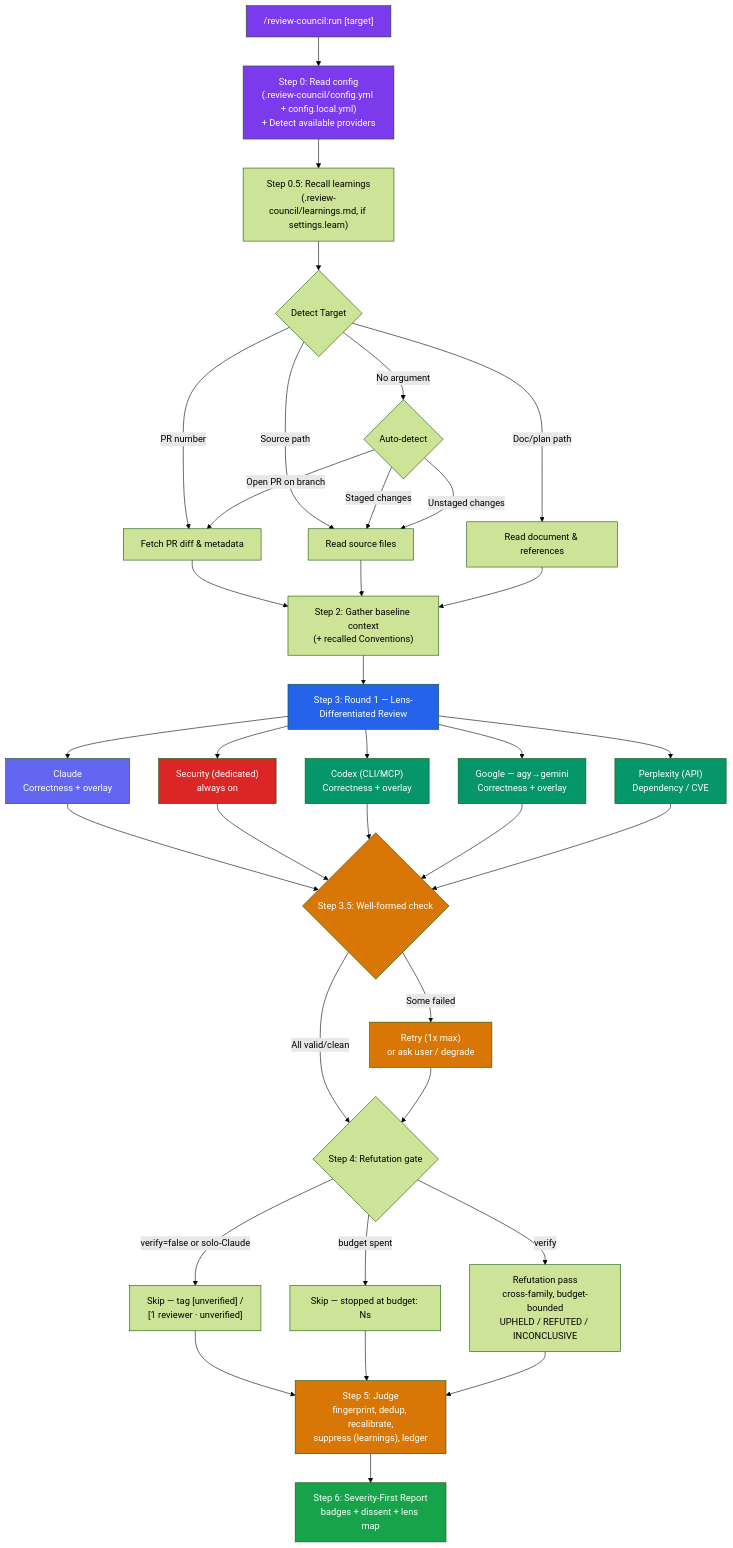
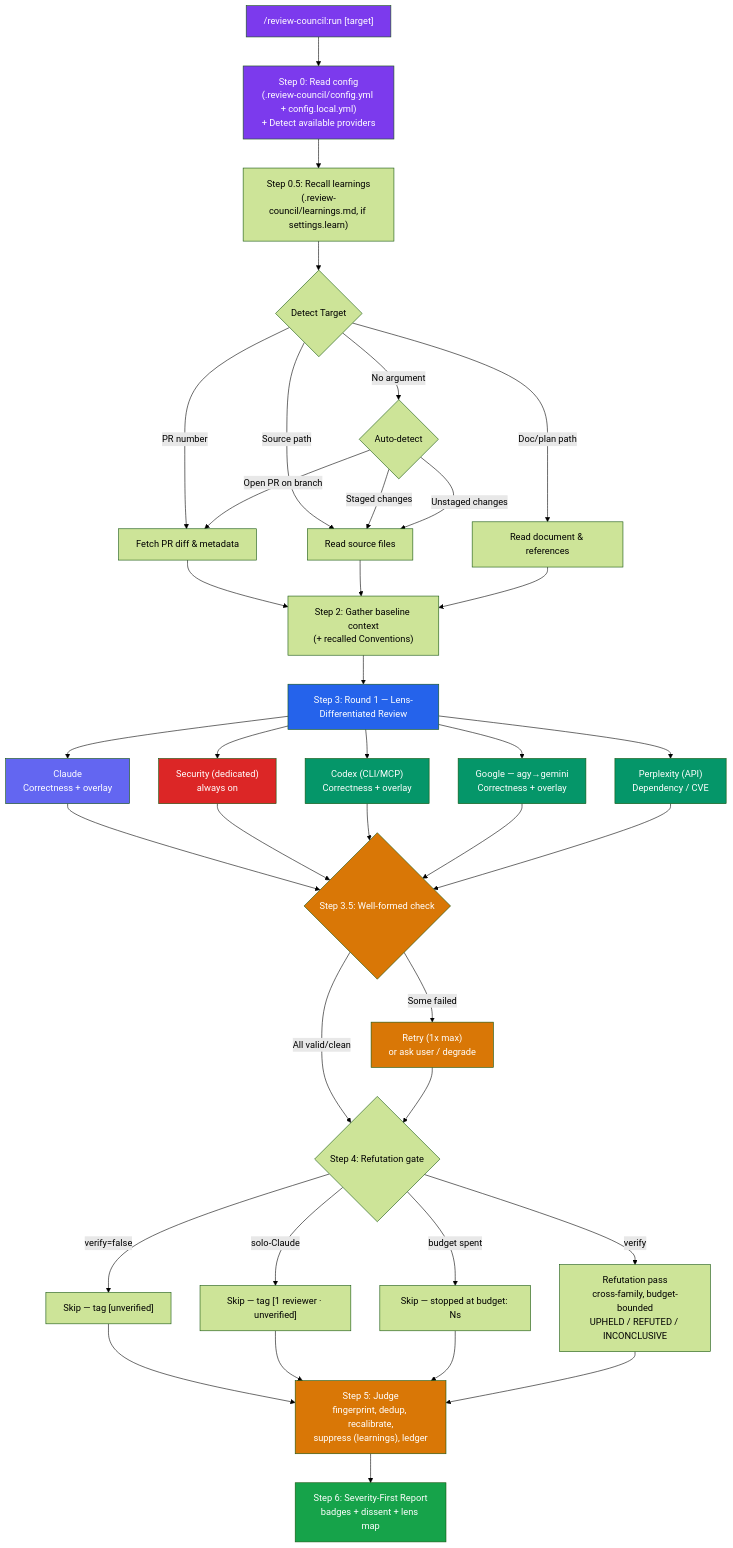
Before and after one commit to deployhq/review-council: the first of 5 diagrams in README.md, drawn with Mermaid (forest theme). The commit also changed other lines of this file and 3 other files, not shown here.

First line of the commit message:
docs: fix solo-Claude badge + reviewer-vs-family clarity + setup Security row (phase-1 doc review)

````diff
--- a/README.md
+++ b/README.md
@@ -36,62 +36,64 @@
 ```mermaid
 flowchart TD
     A["/review-council:run [target]"] --> Z0["Step 0: Read config<br/>(.review-council/config.yml + config.local.yml)<br/>+ Detect available providers"]
     Z0 --> Z05["Step 0.5: Recall learnings<br/>(.review-council/learnings.md, if settings.learn)"]
     Z05 --> B{Detect Target}
 
     B -->|PR number| C["Fetch PR diff & metadata"]
     B -->|Source path| D["Read source files"]
     B -->|Doc/plan path| E["Read document & references"]
     B -->|No argument| F{Auto-detect}
     F -->|Open PR on branch| C
     F -->|Staged changes| D
     F -->|Unstaged changes| D
 
     C --> G["Step 2: Gather baseline context<br/>(+ recalled Conventions)"]
     D --> G
     E --> G
 
     G --> H["Step 3: Round 1 — Lens-Differentiated Review"]
 
     H --> I["Claude<br/>Correctness + overlay"]
     H --> SEC["Security (dedicated)<br/>always on"]
     H --> J["Codex (CLI/MCP)<br/>Correctness + overlay"]
     H --> J2["Google — agy→gemini<br/>Correctness + overlay"]
     H --> J3["Perplexity (API)<br/>Dependency / CVE"]
 
     L{"Step 4: Refutation gate"}
     N["Step 5: Judge<br/>fingerprint, dedup, recalibrate,<br/>suppress (learnings), ledger"]
 
     I --> K2{"Step 3.5: Well-formed check"}
     SEC --> K2
     J --> K2
     J2 --> K2
     J3 --> K2
 
     K2 -->|"All valid/clean"| L
     K2 -->|"Some failed"| K3["Retry (1x max)<br/>or ask user / degrade"]
     K3 --> L
 
-    L -->|"verify=false or solo-Claude"| M2["Skip — tag [unverified] /<br/>[1 reviewer · unverified]"]
+    L -->|"verify=false"| M2["Skip — tag [unverified]"]
+    L -->|"solo-Claude"| M2b["Skip — tag [1 reviewer · unverified]"]
     L -->|"budget spent"| M3["Skip — stopped at budget: Ns"]
     L -->|"verify"| M["Refutation pass<br/>cross-family, budget-bounded<br/>UPHELD / REFUTED / INCONCLUSIVE"]
 
     M2 --> N
+    M2b --> N
     M3 --> N
     M --> N
 
     N --> O["Step 6: Severity-First Report<br/>badges + dissent + lens map"]
 
     style A fill:#7c3aed,color:#fff
     style Z0 fill:#7c3aed,color:#fff
     style H fill:#2563eb,color:#fff
     style I fill:#6366f1,color:#fff
     style SEC fill:#dc2626,color:#fff
     style J fill:#059669,color:#fff
     style J2 fill:#059669,color:#fff
     style J3 fill:#059669,color:#fff
     style N fill:#d97706,color:#fff
     style O fill:#16a34a,color:#fff
     style K2 fill:#d97706,color:#fff
     style K3 fill:#d97706,color:#fff
 ```
````
